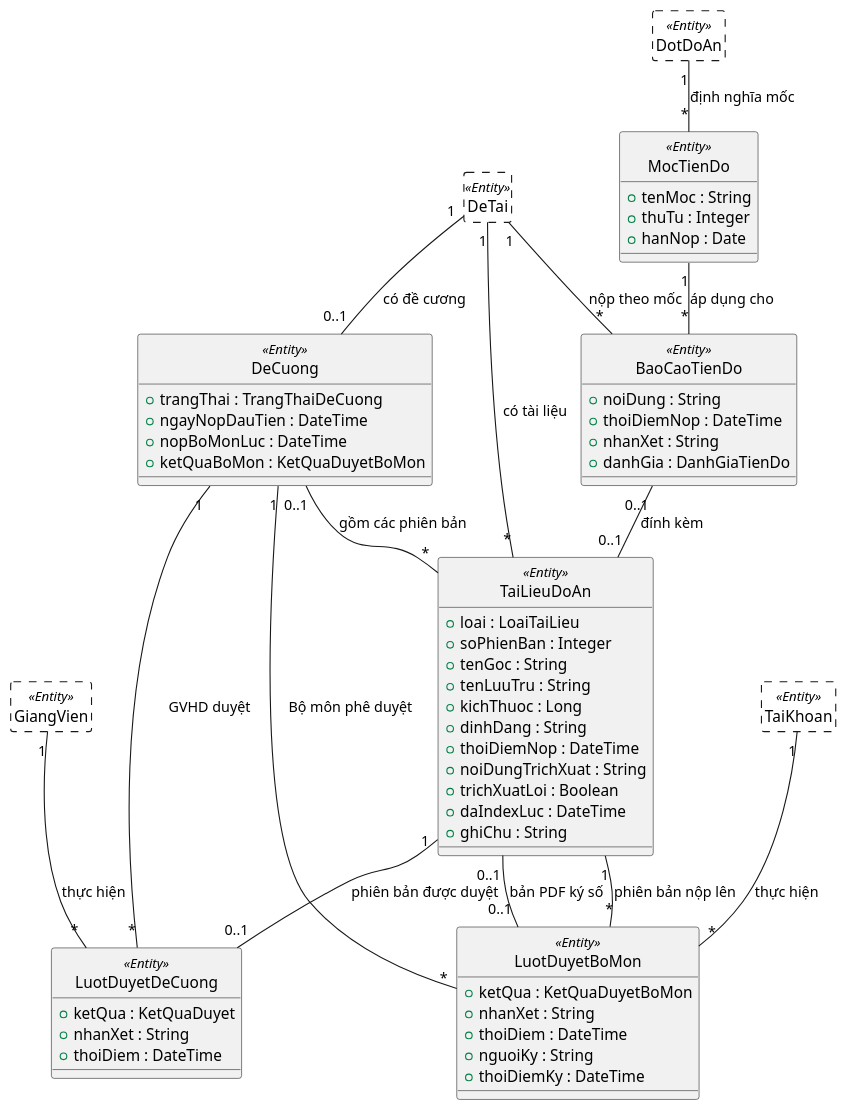
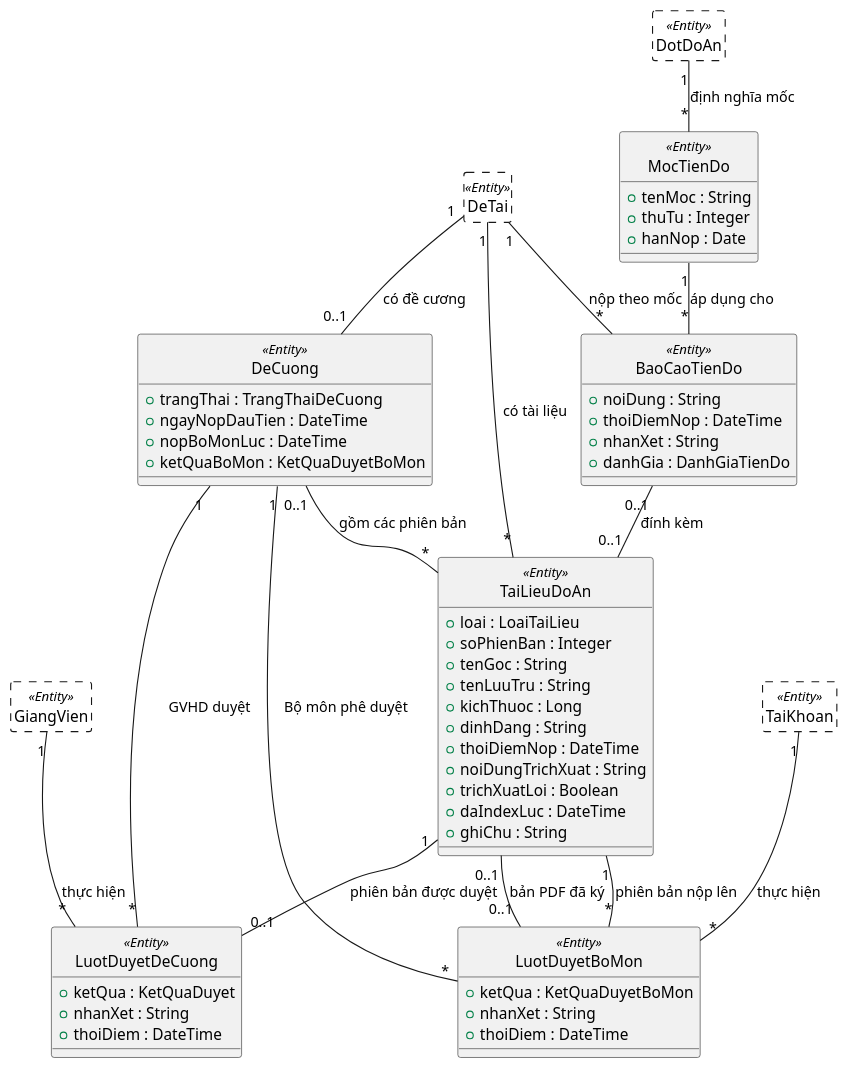
Before and after one commit to dtc235200036-alt/ICTU-DATN-NguyenThiMaiAnh: the diagram in docs/chuong-3-thiet-ke/so-do-lop/lop-thuc-the-de-cuong-tien-do.puml, drawn with PlantUML. The commit also changed 81 other files, not shown here.

```diff
--- a/docs/chuong-3-thiet-ke/so-do-lop/lop-thuc-the-de-cuong-tien-do.puml
+++ b/docs/chuong-3-thiet-ke/so-do-lop/lop-thuc-the-de-cuong-tien-do.puml
@@ -1,80 +1,78 @@
 @startuml lop-thuc-the-de-cuong-tien-do
 ' Nhóm 2: đề cương, tài liệu, duyệt hai cấp và tiến độ.
 ' Trích từ lop-thuc-the.puml, bỏ hộp enum; lớp viền nét đứt thuộc nhóm khác (ẩn thuộc tính).
 hide circle
 skinparam nodesep 25
 skinparam ranksep 45
 
 class DeTai <<Entity>> #FFFFFF;line.dashed
 class GiangVien <<Entity>> #FFFFFF;line.dashed
 class TaiKhoan <<Entity>> #FFFFFF;line.dashed
 class DotDoAn <<Entity>> #FFFFFF;line.dashed
 hide DeTai members
 hide GiangVien members
 hide TaiKhoan members
 hide DotDoAn members
 
 class DeCuong <<Entity>> {
   +trangThai : TrangThaiDeCuong
   +ngayNopDauTien : DateTime
   +nopBoMonLuc : DateTime
   +ketQuaBoMon : KetQuaDuyetBoMon
 }
 
 class TaiLieuDoAn <<Entity>> {
   +loai : LoaiTaiLieu
   +soPhienBan : Integer
   +tenGoc : String
   +tenLuuTru : String
   +kichThuoc : Long
   +dinhDang : String
   +thoiDiemNop : DateTime
   +noiDungTrichXuat : String
   +trichXuatLoi : Boolean
   +daIndexLuc : DateTime
   +ghiChu : String
 }
 
 class LuotDuyetDeCuong <<Entity>> {
   +ketQua : KetQuaDuyet
   +nhanXet : String
   +thoiDiem : DateTime
 }
 
 class LuotDuyetBoMon <<Entity>> {
   +ketQua : KetQuaDuyetBoMon
   +nhanXet : String
   +thoiDiem : DateTime
-  +nguoiKy : String
-  +thoiDiemKy : DateTime
 }
 
 class MocTienDo <<Entity>> {
   +tenMoc : String
   +thuTu : Integer
   +hanNop : Date
 }
 
 class BaoCaoTienDo <<Entity>> {
   +noiDung : String
   +thoiDiemNop : DateTime
   +nhanXet : String
   +danhGia : DanhGiaTienDo
 }
 
 DeTai "1" -- "0..1" DeCuong : "có đề cương"
 DeTai "1" -- "*" TaiLieuDoAn : "có tài liệu"
 DeCuong "0..1" -- "*" TaiLieuDoAn : "gồm các phiên bản"
 DeCuong "1" -- "*" LuotDuyetDeCuong : "GVHD duyệt"
 TaiLieuDoAn "1" -- "0..1" LuotDuyetDeCuong : "phiên bản được duyệt"
 GiangVien "1" -- "*" LuotDuyetDeCuong : "thực hiện"
 DeCuong "1" -- "*" LuotDuyetBoMon : "Bộ môn phê duyệt"
 TaiLieuDoAn "1" -- "*" LuotDuyetBoMon : "phiên bản nộp lên"
-TaiLieuDoAn "0..1" -- "0..1" LuotDuyetBoMon : "bản PDF ký số"
+TaiLieuDoAn "0..1" -- "0..1" LuotDuyetBoMon : "bản PDF đã ký"
 TaiKhoan "1" -- "*" LuotDuyetBoMon : "thực hiện"
 DotDoAn "1" -- "*" MocTienDo : "định nghĩa mốc"
 DeTai "1" -- "*" BaoCaoTienDo : "nộp theo mốc"
 MocTienDo "1" -- "*" BaoCaoTienDo : "áp dụng cho"
 BaoCaoTienDo "0..1" -- "0..1" TaiLieuDoAn : "đính kèm"
 
 @enduml
```
